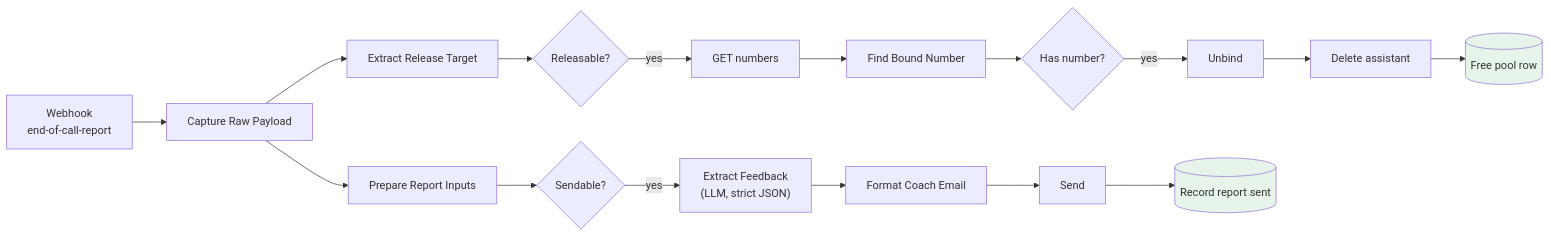
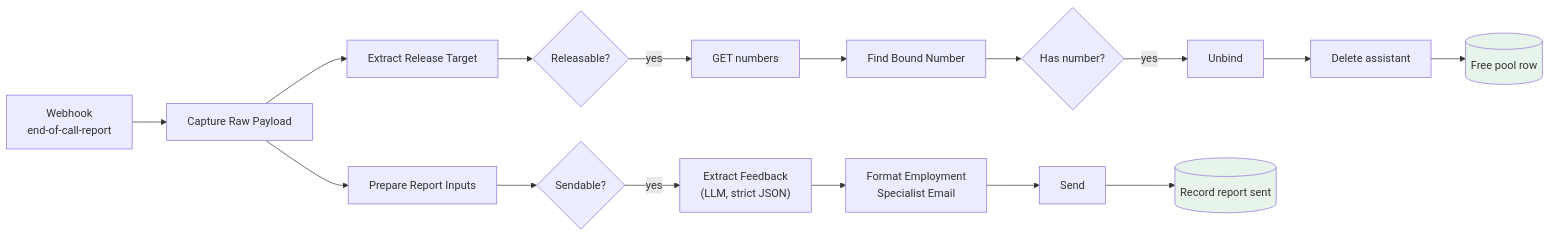
The third of 4 diagrams in PLAYBOOK.md (MERS-Missouri-Goodwill-Industries/PrepView), drawn with Mermaid before and after one commit. The commit also changed other lines of this file and 25 other files, not shown here.

````diff
--- a/PLAYBOOK.md
+++ b/PLAYBOOK.md
@@ -194,16 +194,16 @@
 ```mermaid
 graph LR
     W["Webhook<br/>end-of-call-report"] --> C["Capture Raw Payload"]
     C --> R1["Extract Release Target"]
     C --> P1["Prepare Report Inputs"]
 
     R1 --> R2{"Releasable?"}
     R2 -->|yes| R3["GET numbers"] --> R4["Find Bound Number"]
     R4 --> R5{"Has number?"} -->|yes| R6["Unbind"] --> R7["Delete assistant"] --> R8[("Free pool row")]
 
     P1 --> P2{"Sendable?"}
-    P2 -->|yes| P3["Extract Feedback<br/>(LLM, strict JSON)"] --> P4["Format Coach Email"] --> P5["Send"] --> P6[("Record report sent")]
+    P2 -->|yes| P3["Extract Feedback<br/>(LLM, strict JSON)"] --> P4["Format Employment<br/>Specialist Email"] --> P5["Send"] --> P6[("Record report sent")]
 
     style R8 fill:#e6f4ea
     style P6 fill:#e6f4ea
 ```
````
